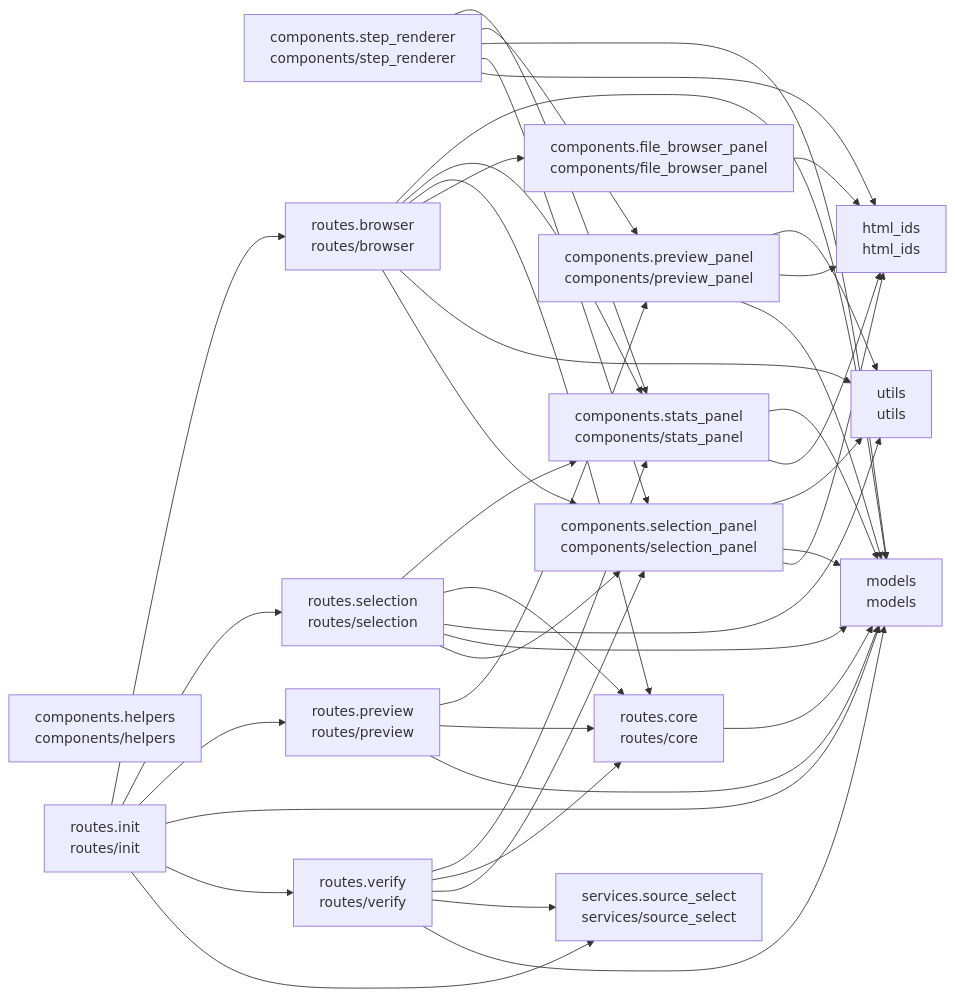
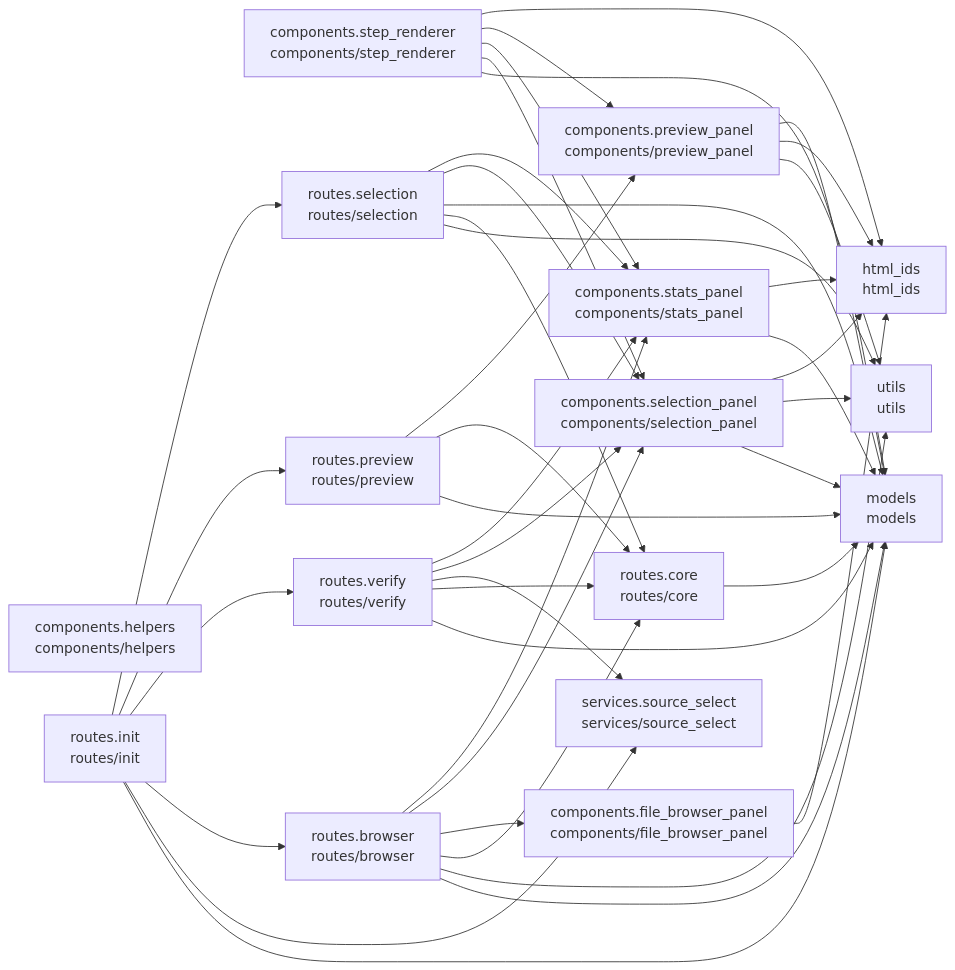
One commit to cj-mills/cjm-transcription-source-select changed the diagram in README.md. Above: the diagram before and after it, drawn with Mermaid. The commit also changed other lines of this file and 3 other files, not shown here.

````diff
--- a/README.md
+++ b/README.md
@@ -39,60 +39,60 @@
 ``` mermaid
 graph LR
     components_file_browser_panel[components.file_browser_panel<br/>components/file_browser_panel]
     components_helpers[components.helpers<br/>components/helpers]
     components_preview_panel[components.preview_panel<br/>components/preview_panel]
     components_selection_panel[components.selection_panel<br/>components/selection_panel]
     components_stats_panel[components.stats_panel<br/>components/stats_panel]
     components_step_renderer[components.step_renderer<br/>components/step_renderer]
     html_ids[html_ids<br/>html_ids]
     models[models<br/>models]
     routes_browser[routes.browser<br/>routes/browser]
     routes_core[routes.core<br/>routes/core]
     routes_init[routes.init<br/>routes/init]
     routes_preview[routes.preview<br/>routes/preview]
     routes_selection[routes.selection<br/>routes/selection]
     routes_verify[routes.verify<br/>routes/verify]
     services_source_select[services.source_select<br/>services/source_select]
     utils[utils<br/>utils]
 
     components_file_browser_panel --> html_ids
     components_preview_panel --> utils
     components_preview_panel --> html_ids
     components_preview_panel --> models
+    components_selection_panel --> models
     components_selection_panel --> utils
-    components_selection_panel --> models
     components_selection_panel --> html_ids
     components_stats_panel --> models
     components_stats_panel --> html_ids
+    components_step_renderer --> models
+    components_step_renderer --> components_selection_panel
     components_step_renderer --> components_stats_panel
     components_step_renderer --> components_preview_panel
-    components_step_renderer --> models
-    components_step_renderer --> components_selection_panel
     components_step_renderer --> html_ids
     routes_browser --> models
-    routes_browser --> components_stats_panel
+    routes_browser --> utils
     routes_browser --> routes_core
     routes_browser --> components_file_browser_panel
-    routes_browser --> utils
     routes_browser --> components_selection_panel
+    routes_browser --> components_stats_panel
     routes_core --> models
+    routes_init --> models
+    routes_init --> services_source_select
     routes_init --> routes_browser
+    routes_init --> routes_verify
+    routes_init --> routes_preview
     routes_init --> routes_selection
-    routes_init --> routes_preview
-    routes_init --> models
-    routes_init --> routes_verify
-    routes_init --> services_source_select
+    routes_preview --> models
+    routes_preview --> routes_core
     routes_preview --> components_preview_panel
-    routes_preview --> routes_core
-    routes_preview --> models
-    routes_selection --> components_stats_panel
+    routes_selection --> utils
     routes_selection --> routes_core
-    routes_selection --> utils
     routes_selection --> models
     routes_selection --> components_selection_panel
+    routes_selection --> components_stats_panel
+    routes_verify --> models
+    routes_verify --> routes_core
+    routes_verify --> services_source_select
+    routes_verify --> components_selection_panel
     routes_verify --> components_stats_panel
-    routes_verify --> routes_core
-    routes_verify --> components_selection_panel
-    routes_verify --> services_source_select
-    routes_verify --> models
 ```
````
